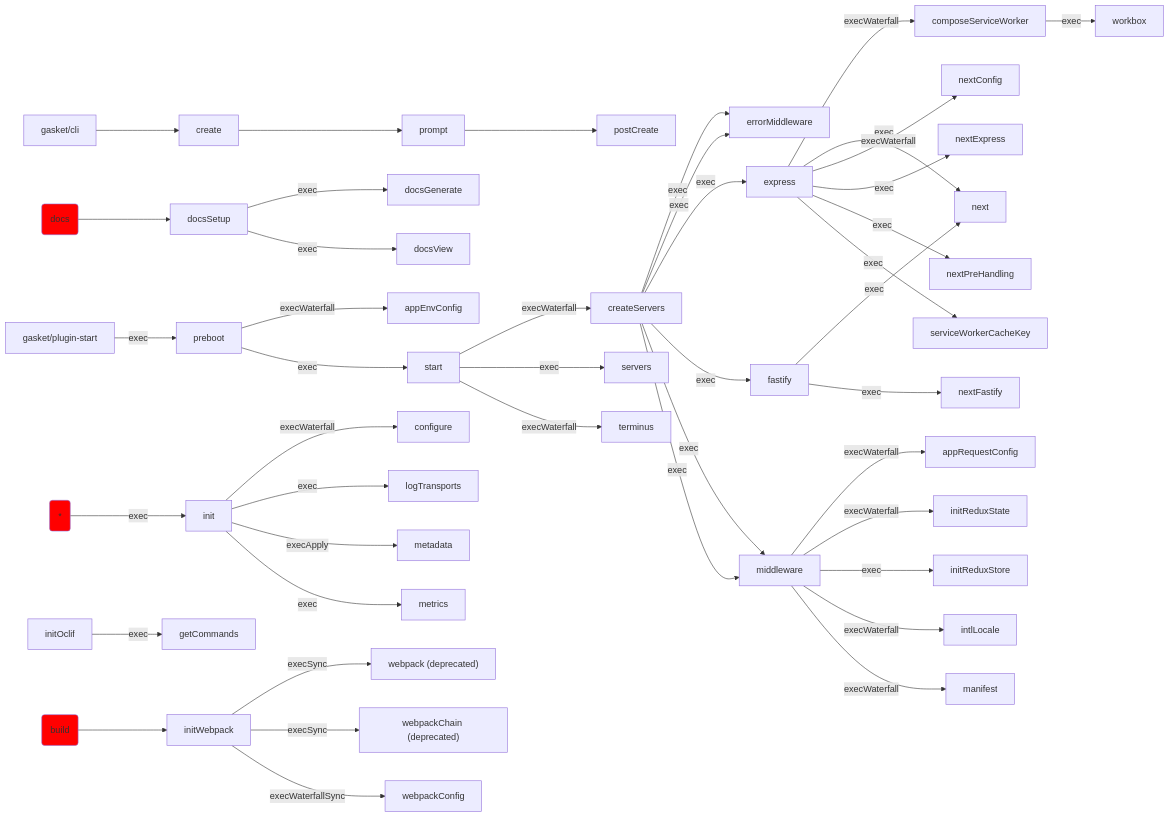
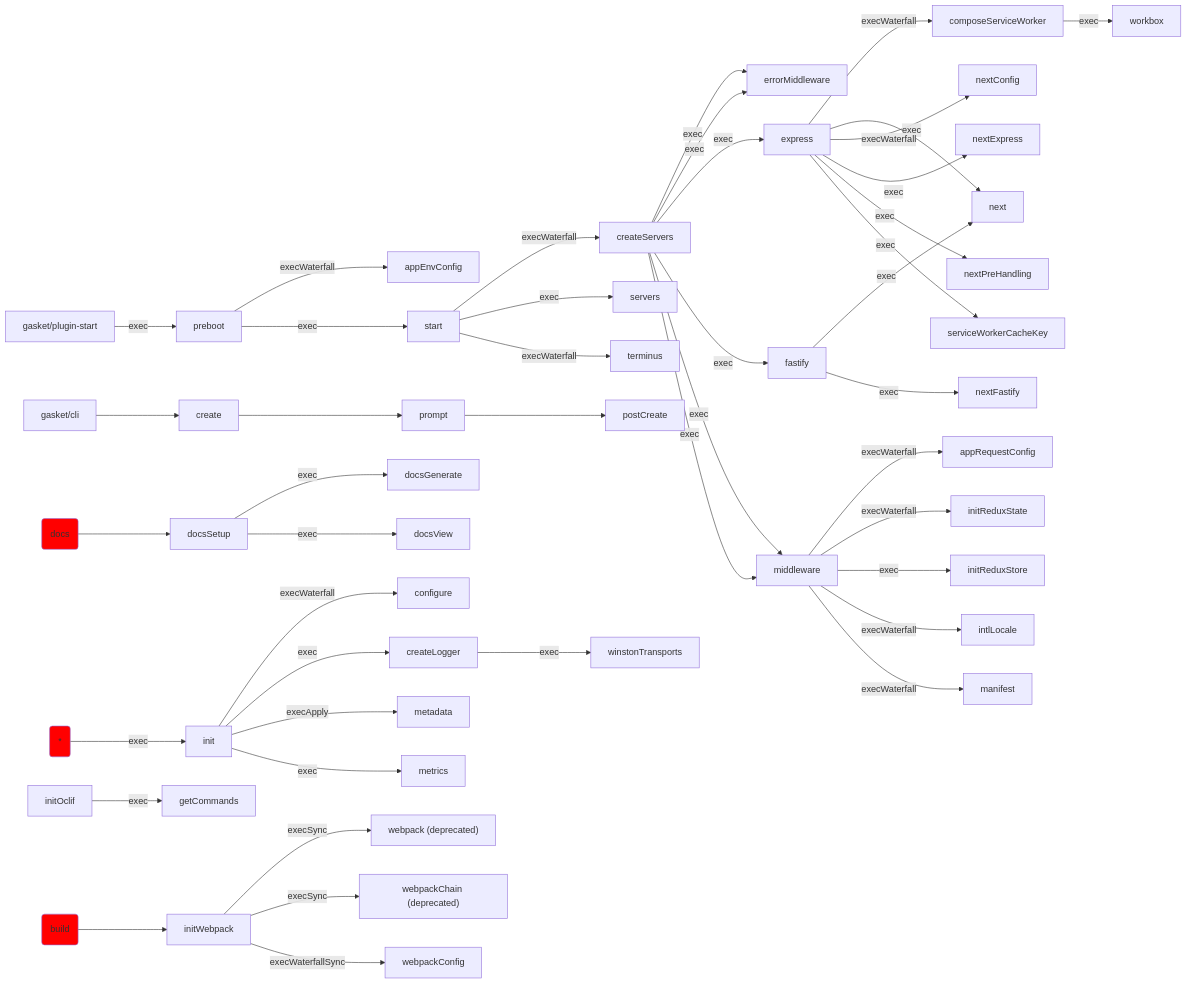
The diagram in docs/generated-docs/lifecycle-graphs.md (godaddy/gasket), drawn with Mermaid before and after one commit. The commit also changed 44 other files, not shown here.

````diff
--- a/docs/generated-docs/lifecycle-graphs.md
+++ b/docs/generated-docs/lifecycle-graphs.md
@@ -1,48 +1,49 @@
 ```mermaid
 graph LR;
 preboot -- execWaterfall --> appEnvConfig;
 middleware -- execWaterfall --> appRequestConfig;
 express -- execWaterfall --> composeServiceWorker;
 init -- execWaterfall --> configure;
 gasket/cli --> create;
+init -- exec --> createLogger;
 start -- execWaterfall --> createServers;
 docsSetup -- exec --> docsGenerate;
 docs-cmd(docs) --> docsSetup;
 docsSetup -- exec --> docsView;
 createServers -- exec --> errorMiddleware;
 createServers -- exec --> errorMiddleware;
 createServers -- exec --> express;
 createServers -- exec --> fastify;
 initOclif -- exec --> getCommands;
 *-cmd(*) -- exec --> init;
 middleware -- execWaterfall --> initReduxState;
 middleware -- exec --> initReduxStore;
 build-cmd(build) --> initWebpack;
 middleware -- execWaterfall --> intlLocale;
-init -- exec --> logTransports;
 middleware -- execWaterfall --> manifest;
 init -- execApply --> metadata;
 init -- exec --> metrics;
 createServers -- exec --> middleware;
 createServers -- exec --> middleware;
 express -- exec --> next;
 fastify -- exec --> next;
 express -- execWaterfall --> nextConfig;
 express -- exec --> nextExpress;
 fastify -- exec --> nextFastify;
 express -- exec --> nextPreHandling;
 prompt --> postCreate;
 gasket/plugin-start -- exec --> preboot;
 create --> prompt;
 start -- exec --> servers;
 express -- exec --> serviceWorkerCacheKey;
 preboot -- exec --> start;
 start -- execWaterfall --> terminus;
 initWebpack -- execSync --> webpack["webpack (deprecated)"];
 initWebpack -- execSync --> webpackChain["webpackChain (deprecated)"];
 initWebpack -- execWaterfallSync --> webpackConfig;
+createLogger -- exec --> winstonTransports;
 composeServiceWorker -- exec --> workbox;
 style docs-cmd fill: red;
 style *-cmd fill: red;
 style build-cmd fill: red;
 ```
````
